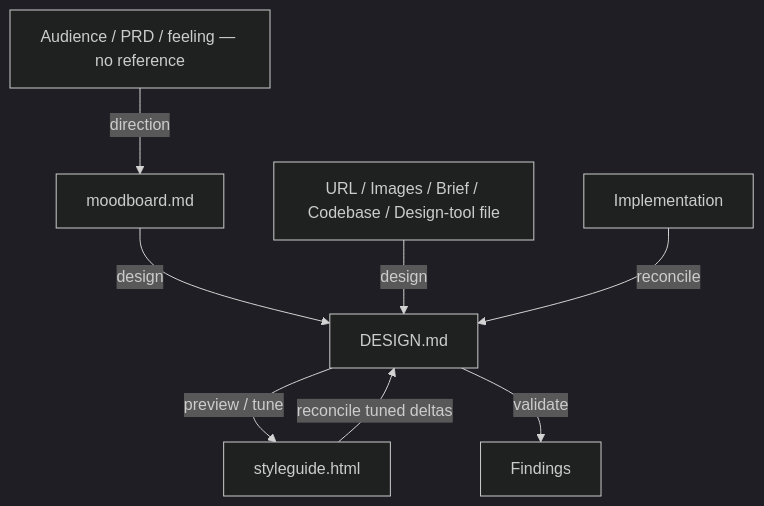
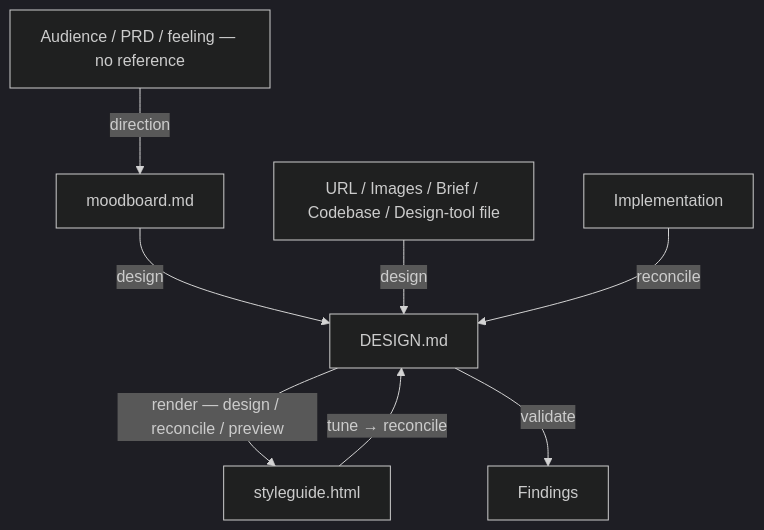
One commit to adeonir/agent-skills changed the diagram in skills/product/design-brief/README.md. Above: the diagram before and after it, drawn with Mermaid (dark theme). The commit also changed other lines of this file and 10 other files, not shown here.

First line of the commit message:
refactor(design-brief): trim render-era weight and tighten the skill

````diff
--- a/skills/product/design-brief/README.md
+++ b/skills/product/design-brief/README.md
@@ -7,10 +7,10 @@
 ```mermaid
 flowchart TD
     Brief[Audience / PRD / feeling — no reference] -->|direction| MB[moodboard.md]
     MB -->|design| B2[DESIGN.md]
     A[URL / Images / Brief / Codebase / Design-tool file] -->|design| B2
-    B2 -->|preview / tune| SG[styleguide.html]
-    SG -->|reconcile tuned deltas| B2
+    B2 -->|render — design / reconcile / preview| SG[styleguide.html]
+    SG -->|tune → reconcile| B2
     B2 -->|validate| V[Findings]
     Impl[Implementation] -->|reconcile| B2
 ```
````
